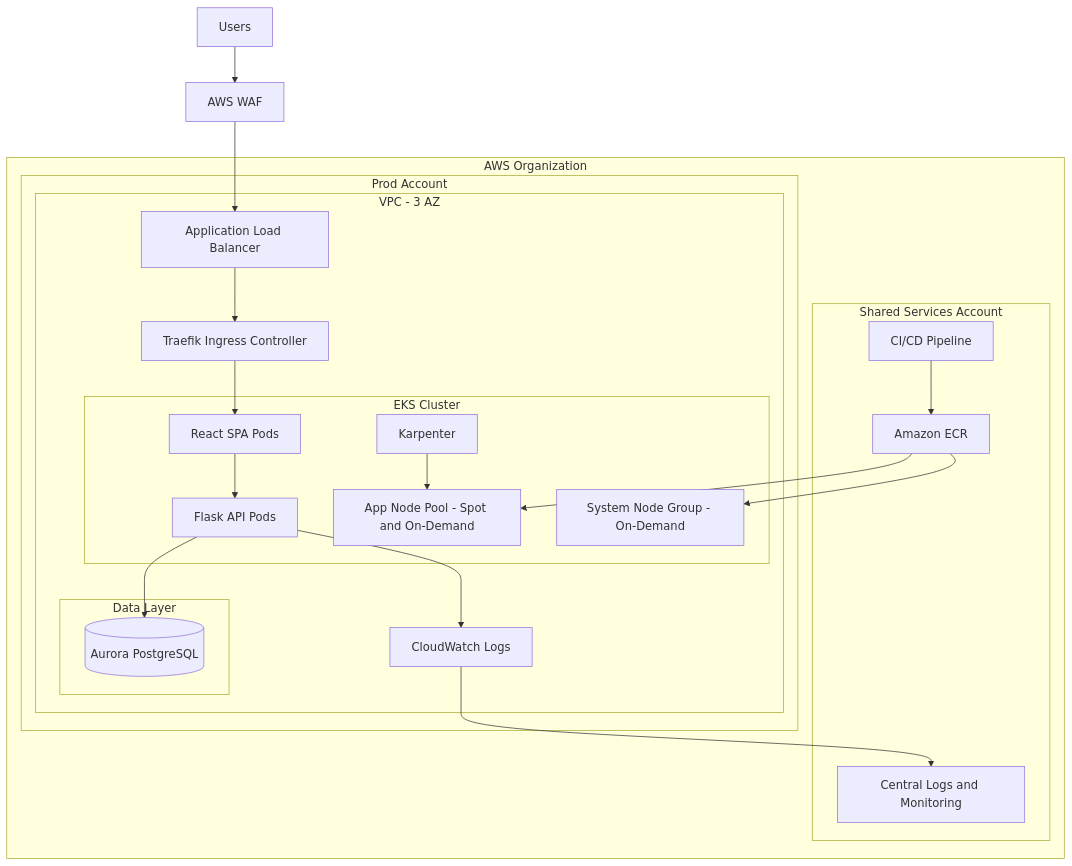
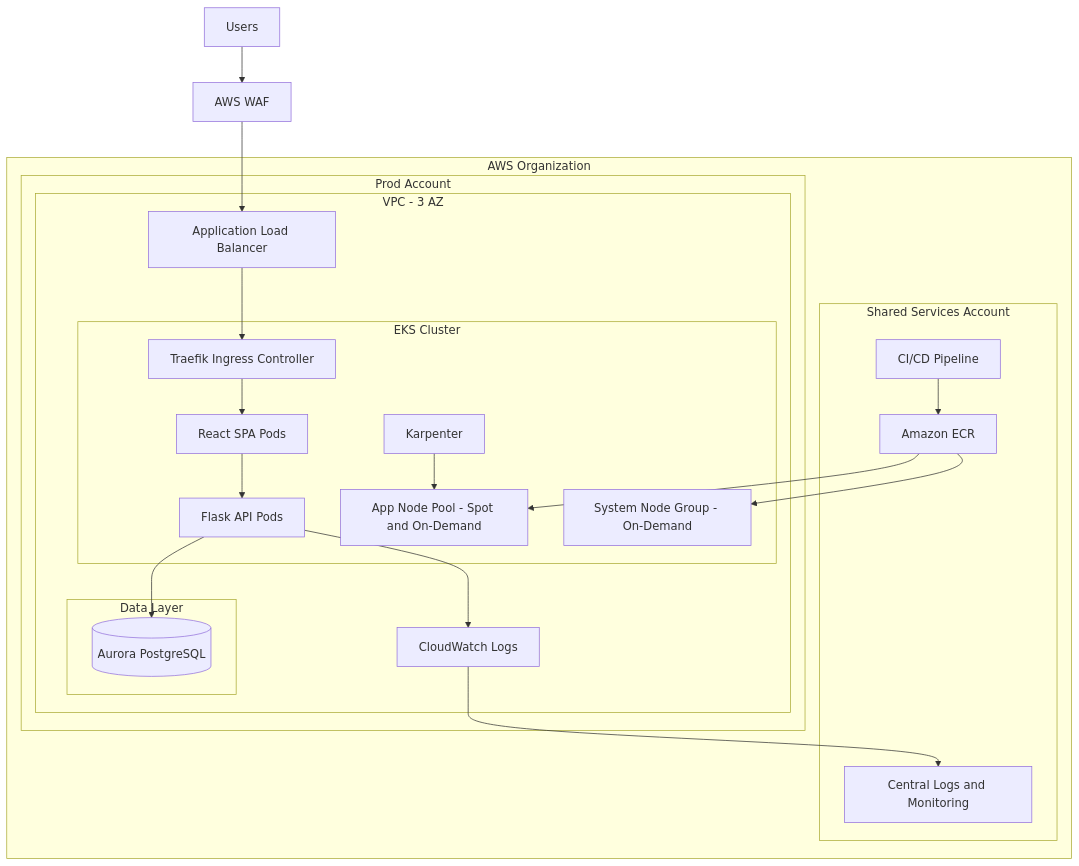
The diagram in architecture/diagrams/high-level-architecture.mmd (gezim-tech/opsfleet), drawn with Mermaid before and after one commit. The commit also changed other lines of this file and 1 other file, not shown here.

Commit message:
fix: put traefik inside of EKS

```diff
--- a/architecture/diagrams/high-level-architecture.mmd
+++ b/architecture/diagrams/high-level-architecture.mmd
@@ -1,40 +1,40 @@
 flowchart TB
   U[Users] --> WAF[AWS WAF]
   WAF --> ALB[Application Load Balancer]
 
   subgraph ORG[AWS Organization]
     subgraph SHARED[Shared Services Account]
       CI[CI/CD Pipeline] --> ECR[Amazon ECR]
       LOGS[Central Logs and Monitoring]
     end
 
     subgraph PROD[Prod Account]
       subgraph VPC[VPC - 3 AZ]
-        ALB --> ING[Traefik Ingress Controller]
-
         subgraph EKS[EKS Cluster]
+          ING[Traefik Ingress Controller]
           FE[React SPA Pods]
           API[Flask API Pods]
           KARP[Karpenter]
           APPN[App Node Pool - Spot and On-Demand]
           SYS[System Node Group - On-Demand]
         end
 
-        subgraph DATA[Data  Layer]
+        subgraph DATA[Data Layer]
           DB[(Aurora PostgreSQL)]
         end
 
         CWL[CloudWatch Logs]
 
+        ALB --> ING
         ING --> FE
         FE --> API
         API --> DB
         API --> CWL
         KARP --> APPN
       end
     end
 
     ECR --> APPN
     ECR --> SYS
     CWL --> LOGS
   end
```
